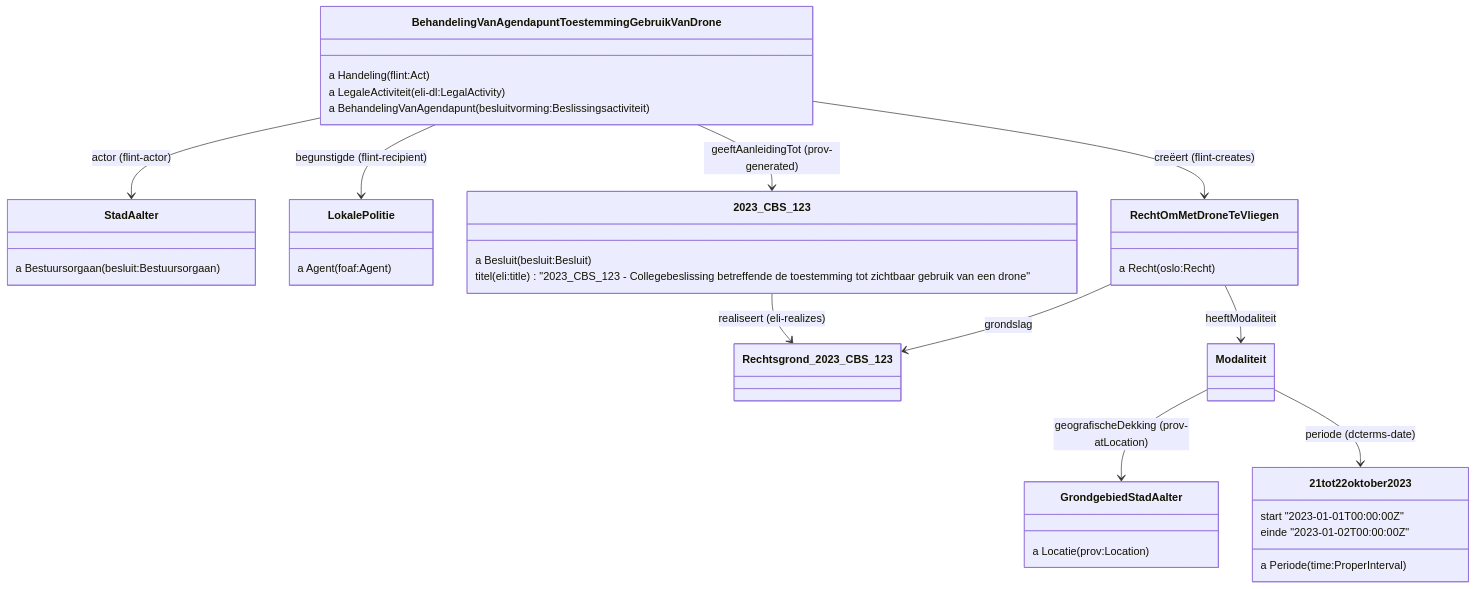
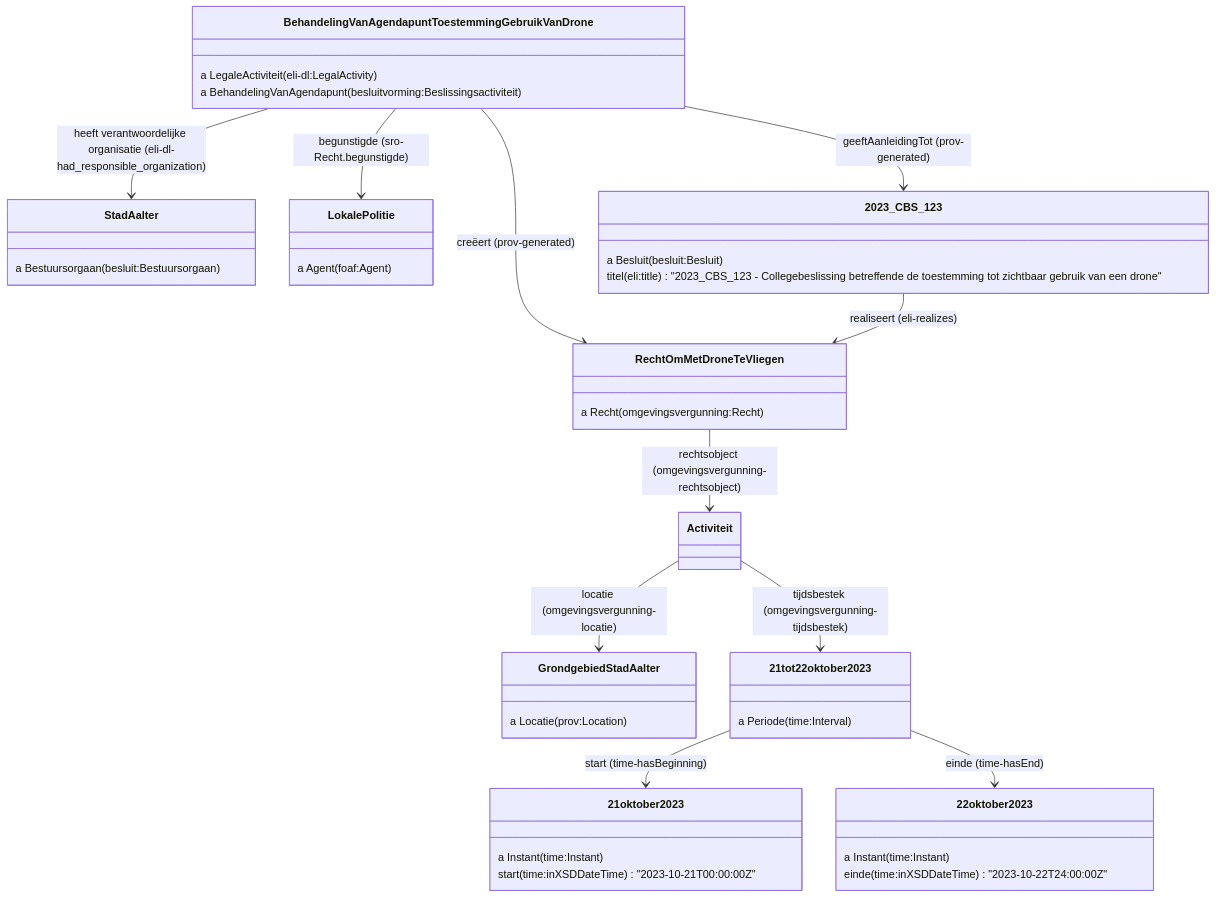
Diagram 11 of 15 in README.md (Informatievlaanderen/OSLOthema-slimmeRaadpleegOmgeving), drawn with Mermaid before and after one commit. The commit also changed other lines of this file, not shown here.

Commit message:
Update drones use case met omgevingsvergunning

````diff
--- a/README.md
+++ b/README.md
@@ -400,47 +400,55 @@
 ```mermaid
 classDiagram
-BehandelingVanAgendapuntToestemmingGebruikVanDrone --> StadAalter: actor (flint-actor)
-BehandelingVanAgendapuntToestemmingGebruikVanDrone --> LokalePolitie: begunstigde (flint-recipient)
-BehandelingVanAgendapuntToestemmingGebruikVanDrone --> RechtOmMetDroneTeVliegen: creëert (flint-creates)
+BehandelingVanAgendapuntToestemmingGebruikVanDrone --> StadAalter: heeft verantwoordelijke organisatie (eli-dl-had_responsible_organization)
+BehandelingVanAgendapuntToestemmingGebruikVanDrone --> LokalePolitie: begunstigde (sro-Recht.begunstigde)
+BehandelingVanAgendapuntToestemmingGebruikVanDrone --> RechtOmMetDroneTeVliegen: creëert (prov-generated)
 BehandelingVanAgendapuntToestemmingGebruikVanDrone --> 2023_CBS_123: geeftAanleidingTot (prov-generated)
 
 class BehandelingVanAgendapuntToestemmingGebruikVanDrone {
- a Handeling (flint:Act)
  a LegaleActiviteit (eli-dl:LegalActivity)
  a BehandelingVanAgendapunt (besluitvorming:Beslissingsactiviteit)
 }
 
 class RechtOmMetDroneTeVliegen {
- a Recht (oslo:Recht)
+ a Recht (omgevingsvergunning:Recht)
 }
 
 class StadAalter {
  a Bestuursorgaan (besluit:Bestuursorgaan)
 }
 
 class LokalePolitie {
  a Agent (foaf:Agent)
 }
 
-RechtOmMetDroneTeVliegen --> Rechtsgrond_2023_CBS_123 : grondslag
-2023_CBS_123 --> Rechtsgrond_2023_CBS_123: realiseert (eli-realizes)
+2023_CBS_123 --> RechtOmMetDroneTeVliegen: realiseert (eli-realizes)
 
-RechtOmMetDroneTeVliegen --> Modaliteit: heeftModaliteit
-Modaliteit --> GrondgebiedStadAalter: geografischeDekking (prov-atLocation)
-Modaliteit --> 21tot22oktober2023: periode (dcterms-date)
+RechtOmMetDroneTeVliegen --> Activiteit: rechtsobject (omgevingsvergunning-rechtsobject)
+Activiteit --> GrondgebiedStadAalter: locatie (omgevingsvergunning-locatie)
+Activiteit --> 21tot22oktober2023: tijdsbestek (omgevingsvergunning-tijdsbestek)
 
 class 2023_CBS_123 {
  a Besluit (besluit:Besluit)
 titel (eli:title) "2023_CBS_123 - Collegebeslissing betreffende de toestemming tot zichtbaar gebruik van een drone"
 }
 
 class GrondgebiedStadAalter {
   a Locatie (prov:Location)
 }
 
 class 21tot22oktober2023 {
- a Periode (time:ProperInterval)
- start "2023-01-01T00:00:00Z"
- einde "2023-01-02T00:00:00Z"
+ a Periode (time:Interval)
 }
+
+class 21oktober2023 {
+ a Instant (time:Instant)
+ start (time:inXSDDateTime) "2023-10-21T00:00:00Z"
+}
+
+class 22oktober2023 {
+ a Instant (time:Instant)
+ einde (time:inXSDDateTime) "2023-10-22T24:00:00Z"
+}
+21tot22oktober2023 --> 21oktober2023: start (time-hasBeginning)
+21tot22oktober2023 --> 22oktober2023: einde (time-hasEnd)
 ```
````
